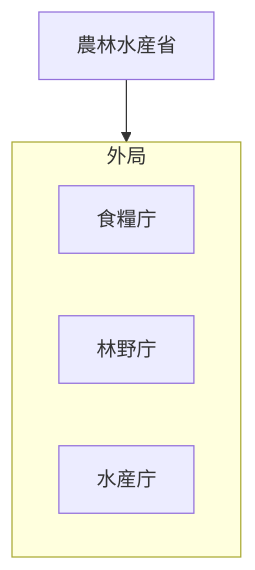
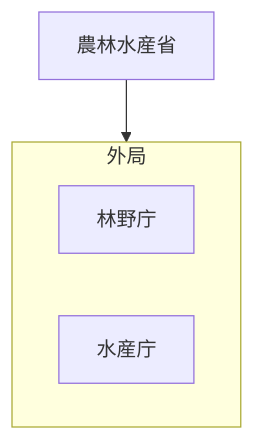
One commit to tatemaru/jp-admin-org-chart changed the diagram in 行政機構/農林水産省/README.md. Above: the diagram before and after it, drawn with Mermaid. The commit also changed 1 other file, not shown here.

Commit message:
feat(食糧庁): 食糧庁を廃止
根拠: 食糧庁廃止関連法
施行: 2003-07-01
出典: https://ja.wikipedia.org/wiki/外局

種別: 廃止

````diff
--- a/行政機構/農林水産省/README.md
+++ b/行政機構/農林水産省/README.md
@@ -5,10 +5,9 @@
 ```mermaid
 flowchart TB
   root["農林水産省"]
   subgraph g0["外局"]
-    n0_0["食糧庁"]
-    n0_1["林野庁"]
-    n0_2["水産庁"]
+    n0_0["林野庁"]
+    n0_1["水産庁"]
   end
   root --> g0
 ```
````
